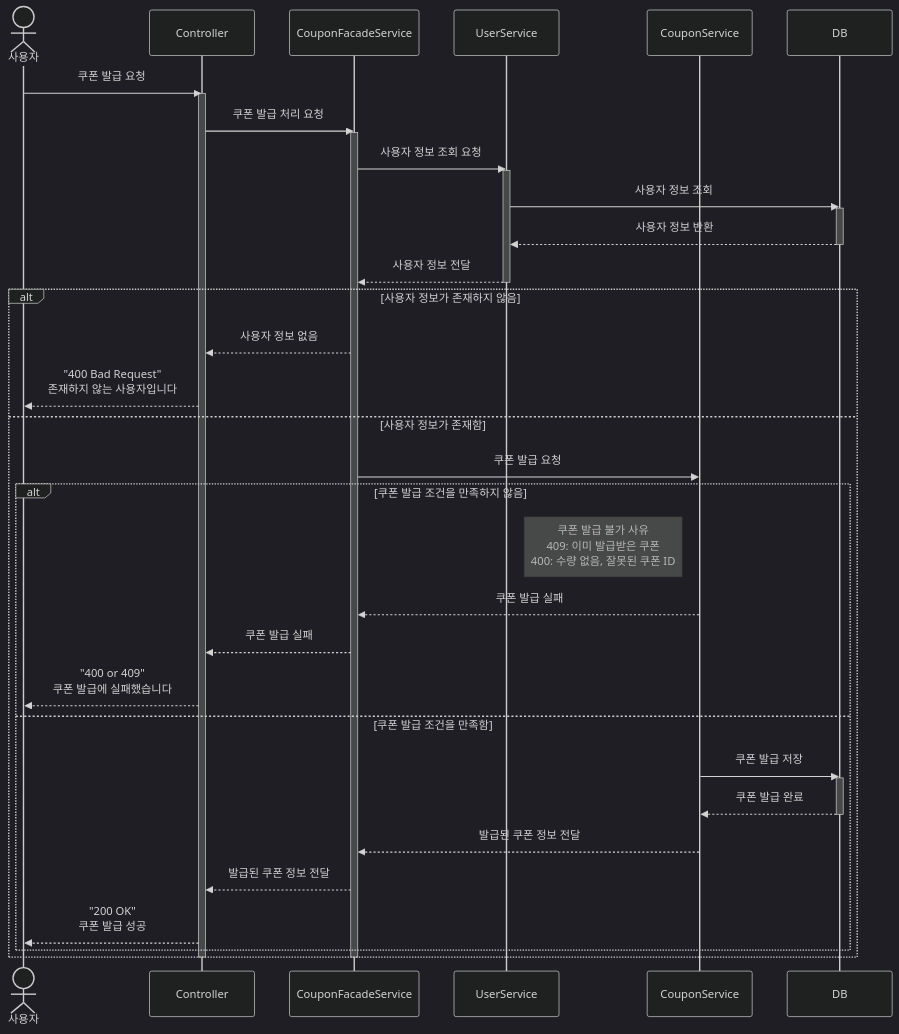
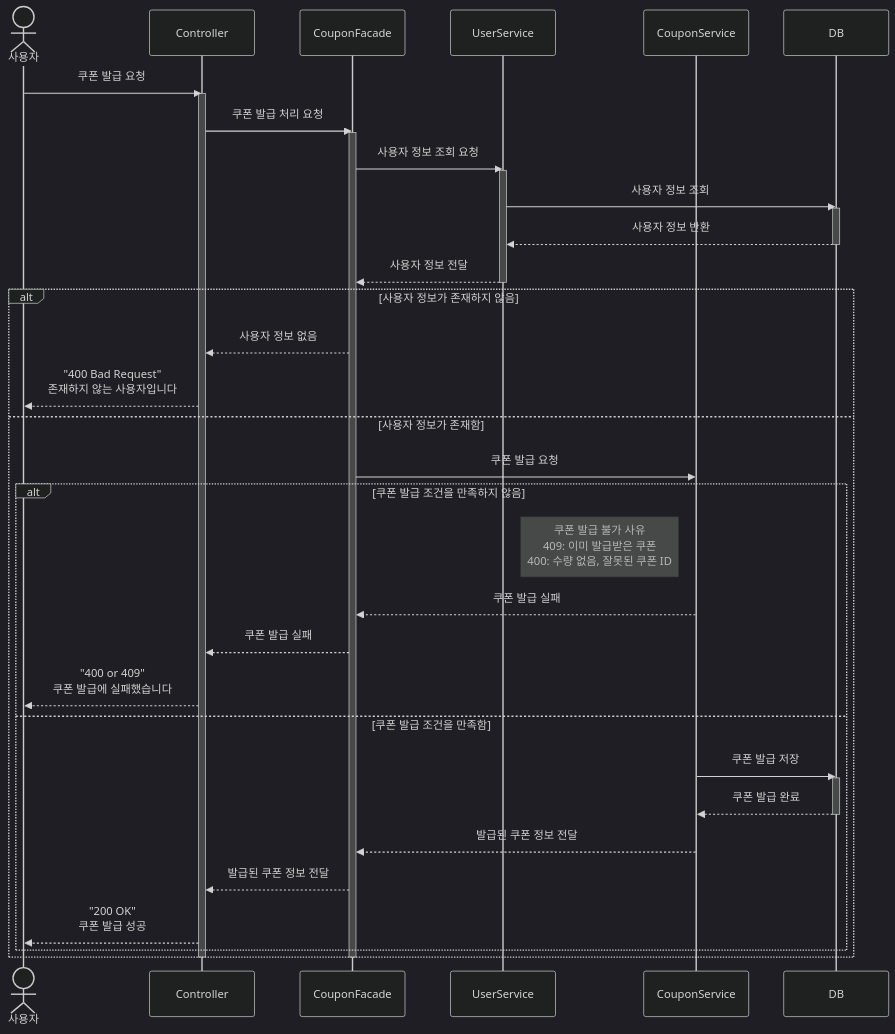
One commit to maengjjin/hhplus-service changed the fourth of 8 diagrams in docs/SequenceDiagram.md. Above: the diagram before and after it, drawn with Mermaid (dark theme). The commit also changed other lines of this file and 1 other file, not shown here.

Commit message:
- 다이어그램 수정

````diff
--- a/docs/SequenceDiagram.md
+++ b/docs/SequenceDiagram.md
@@ -161,52 +143,54 @@
 ```mermaid
 sequenceDiagram
     actor User as 사용자
     participant Controller
-    participant CouponFacadeService
+    participant CouponFacade
     participant UserService
     participant CouponService
     participant DB
 
     User ->> Controller: 쿠폰 발급 요청
     activate Controller
 
-    Controller ->> CouponFacadeService: 쿠폰 발급 처리 요청
-    activate CouponFacadeService
+    Controller ->> CouponFacade: 쿠폰 발급 처리 요청
+    activate CouponFacade
 
-    CouponFacadeService ->> UserService: 사용자 정보 조회 요청
+    CouponFacade ->> UserService: 사용자 정보 조회 요청
     activate UserService
 
     UserService ->> DB: 사용자 정보 조회
     activate DB
+
     DB -->> UserService: 사용자 정보 반환
     deactivate DB
 
-    UserService -->> CouponFacadeService: 사용자 정보 전달
+    UserService -->> CouponFacade: 사용자 정보 전달
     deactivate UserService
 
     alt 사용자 정보가 존재하지 않음
-        CouponFacadeService -->> Controller: 사용자 정보 없음
+        CouponFacade -->> Controller: 사용자 정보 없음
         Controller -->> User: "400 Bad Request"<br>존재하지 않는 사용자입니다
     else 사용자 정보가 존재함
-        CouponFacadeService ->> CouponService: 쿠폰 발급 요청
+        CouponFacade ->> CouponService: 쿠폰 발급 요청
 
         alt 쿠폰 발급 조건을 만족하지 않음
             Note left of CouponService: 쿠폰 발급 불가 사유<br>409: 이미 발급받은 쿠폰<br>400: 수량 없음, 잘못된 쿠폰 ID
-            CouponService -->> CouponFacadeService: 쿠폰 발급 실패
-            CouponFacadeService -->> Controller: 쿠폰 발급 실패
+            CouponService -->> CouponFacade: 쿠폰 발급 실패
+            CouponFacade -->> Controller: 쿠폰 발급 실패
             Controller -->> User: "400 or 409"<br>쿠폰 발급에 실패했습니다
         else 쿠폰 발급 조건을 만족함
             CouponService ->> DB: 쿠폰 발급 저장
             activate DB
+
             DB -->> CouponService: 쿠폰 발급 완료
             deactivate DB
 
-            CouponService -->> CouponFacadeService: 발급된 쿠폰 정보 전달
-            CouponFacadeService -->> Controller: 발급된 쿠폰 정보 전달
+            CouponService -->> CouponFacade: 발급된 쿠폰 정보 전달
+            CouponFacade -->> Controller: 발급된 쿠폰 정보 전달
             Controller -->> User: "200 OK"<br>쿠폰 발급 성공
         end
     end
 
-    deactivate CouponFacadeService
+    deactivate CouponFacade
     deactivate Controller
 ```
````
